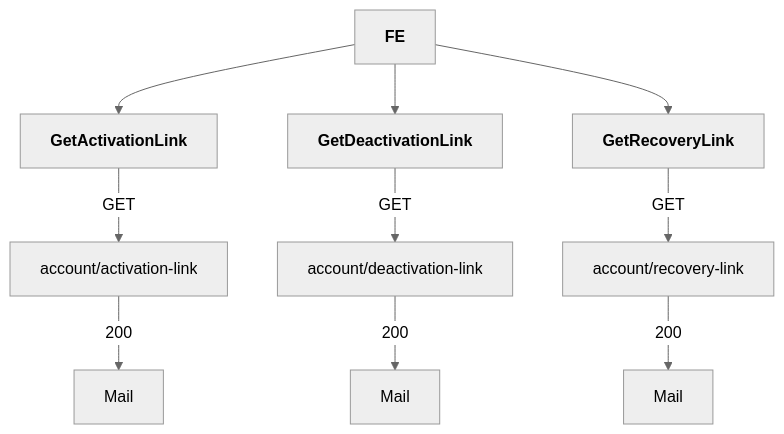
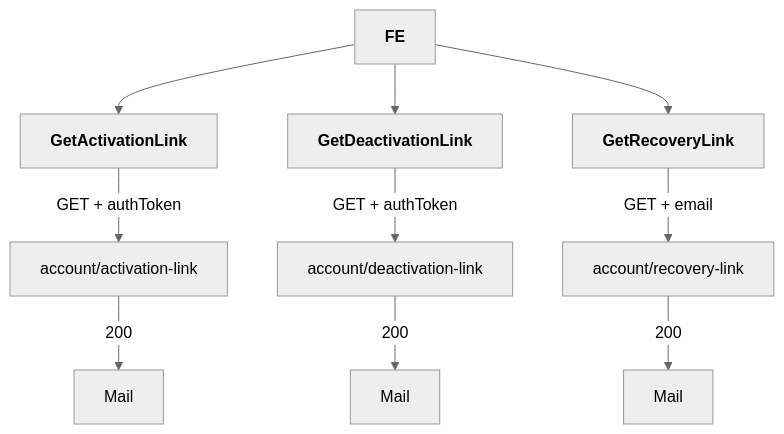
The first of 10 diagrams in README.md (Karmello/ask-the-world-api), drawn with Mermaid (neutral theme) before and after one commit.

````diff
--- a/README.md
+++ b/README.md
@@ -7,6 +7,6 @@
 ```mermaid
 flowchart
-ROOT[<b>FE</b>] --> A1[<b>GetActivationLink</b>] --> |GET|A2[account/activation-link]  --> |200|A3[Mail]
-ROOT --> B1[<b>GetDeactivationLink</b>] --> |GET|B2[account/deactivation-link] --> |200|B3[Mail]
-ROOT --> C1[<b>GetRecoveryLink</b>] --> |GET|C2[account/recovery-link] --> |200|C3[Mail]
+ROOT[<b>FE</b>] --> A1[<b>GetActivationLink</b>] --> |GET + authToken|A2[account/activation-link]  --> |200|A3[Mail]
+ROOT --> B1[<b>GetDeactivationLink</b>] --> |GET + authToken|B2[account/deactivation-link] --> |200|B3[Mail]
+ROOT --> C1[<b>GetRecoveryLink</b>] --> |GET + email|C2[account/recovery-link] --> |200|C3[Mail]
 ```
````
